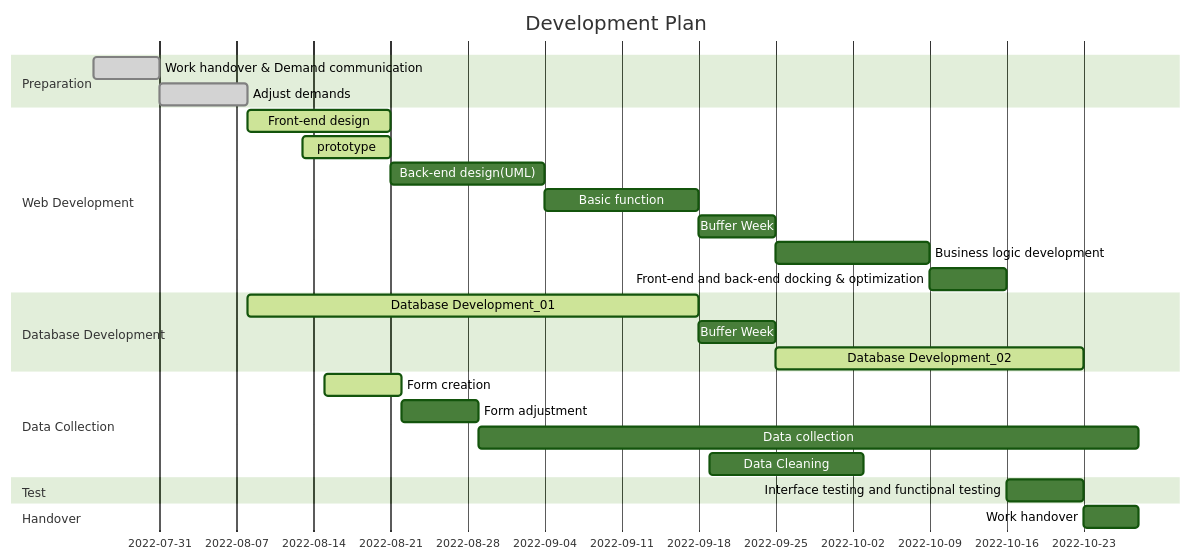
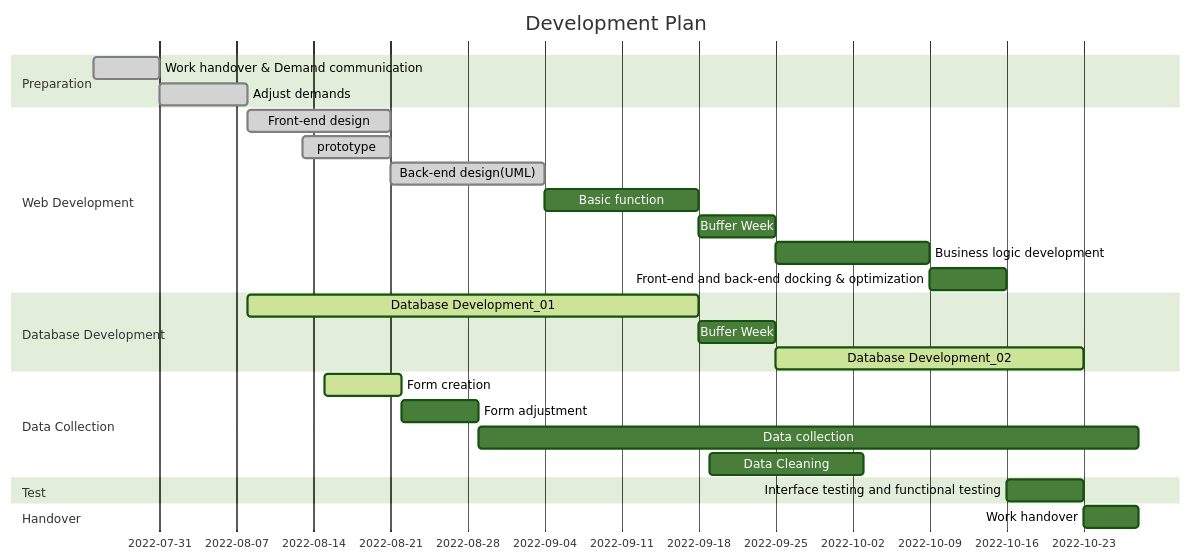
Before and after one commit to StellaHSY/InnerIntel-Web: the diagram in README.md, drawn with Mermaid (forest theme).

Commit message:
Update README.md
changed the state of Gantt

````diff
--- a/README.md
+++ b/README.md
@@ -52,34 +52,34 @@
 ```mermaid
  gantt 
         dateFormat  MM-DD
         title Development Plan 
         section Preparation
         Work handover & Demand communication		:done,p0, 07-25,07-31
         Adjust demands                          	:done,p1, 07-31,08-08
         
         section Web Development 
-        Front-end design                        	:active,d0,08-08,08-21
-        prototype                                   :active,d1,08-13,08-21
-        Back-end design(UML)						:d2,after d1,09-04
+        Front-end design                        	:done,d0,08-08,08-21
+        prototype                                   :done,d1,08-13,08-21
+        Back-end design(UML)						:done,d2,after d1,09-04
         Basic function								:d3,after d2,09-18
         Buffer Week									:d4,after d3,09-25
         Business logic development					:d5,after d4,14d
         Front-end and back-end docking & optimization :d6,after d5,7d
         
         section Database Development 
         Database Development_01						:active,dd0,08-08,09-18
         Buffer Week									:d4,after d3,09-25
         Database Development_02						:active,dd1,after d4,10-23
         
         section Data Collection
         Form creation								:active,c0,08-15,7d
         Form adjustment								:c1,after c0,7d
         Data collection								:c2,after c1,10-28
         Data Cleaning								:c3,09-19,14d
         
         section Test
         Interface testing and functional testing 	:t0,after d6,10-23
         
         section Handover
       	Work handover								:h0,after t0,10-28
 ```
````
